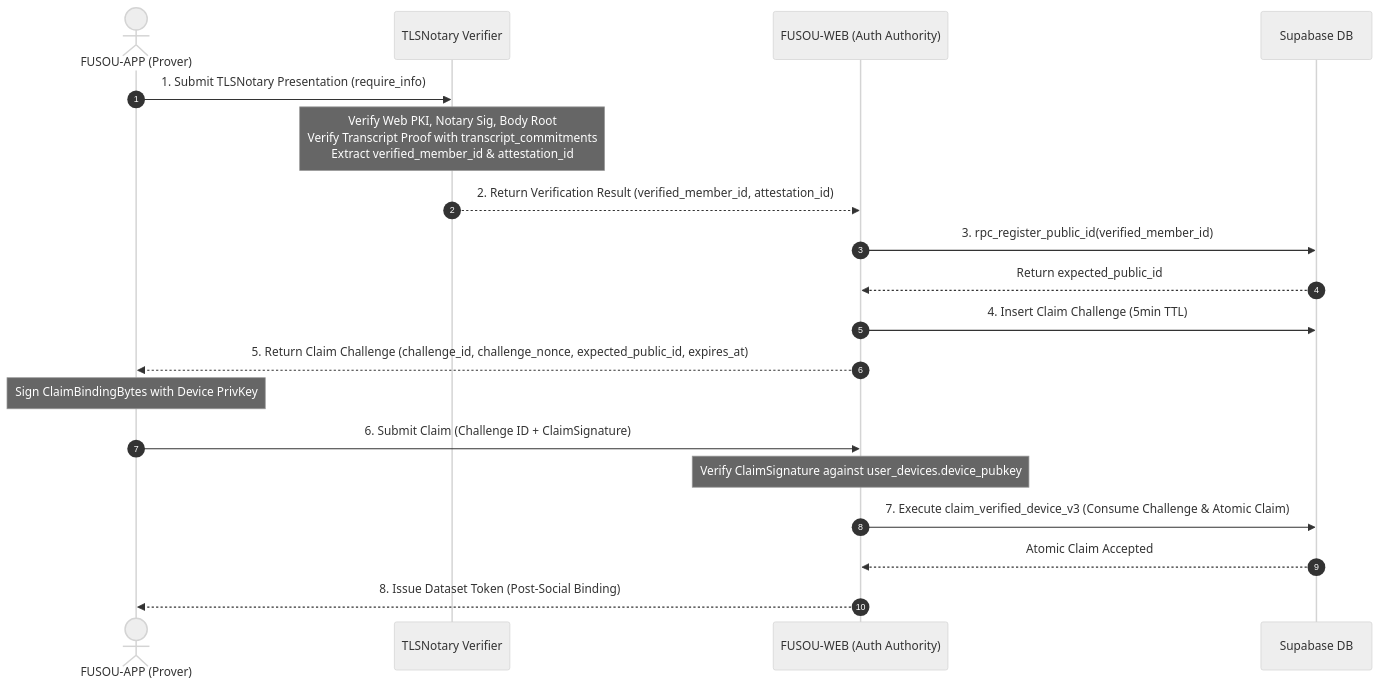
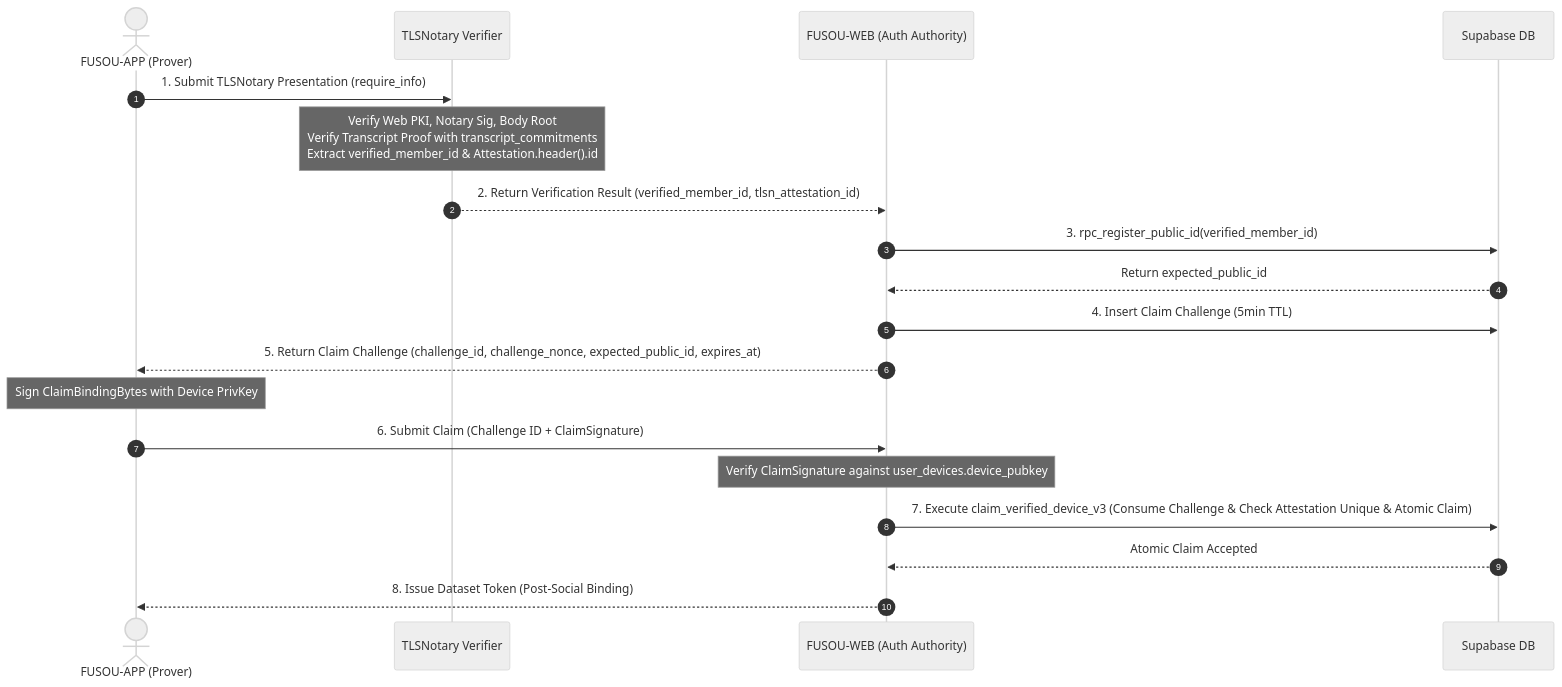
Before and after one commit to tsukasa-u/FUSOU: the second of 2 diagrams in docs/operations/member-id-preemptive-attack-and-recovery.md, drawn with Mermaid (neutral theme). The commit also changed other lines of this file and 1 other file, not shown here.

First line of the commit message:
docs(security): freeze master specifications for Phase 0 with unified attestation id and reuse prevention

````diff
--- a/docs/operations/member-id-preemptive-attack-and-recovery.md
+++ b/docs/operations/member-id-preemptive-attack-and-recovery.md
@@ -246,22 +254,22 @@
 ```mermaid
 sequenceDiagram
     autonumber
     actor Client as FUSOU-APP (Prover)
     participant Verifier as TLSNotary Verifier
     participant Web as FUSOU-WEB (Auth Authority)
     participant DB as Supabase DB
 
     Client->>Verifier: 1. Submit TLSNotary Presentation (require_info)
-    Note over Verifier: Verify Web PKI, Notary Sig, Body Root<br/>Verify Transcript Proof with transcript_commitments<br/>Extract verified_member_id & attestation_id
-    Verifier-->>Web: 2. Return Verification Result (verified_member_id, attestation_id)
+    Note over Verifier: Verify Web PKI, Notary Sig, Body Root<br/>Verify Transcript Proof with transcript_commitments<br/>Extract verified_member_id & Attestation.header().id
+    Verifier-->>Web: 2. Return Verification Result (verified_member_id, tlsn_attestation_id)
     Web->>DB: 3. rpc_register_public_id(verified_member_id)
     DB-->>Web: Return expected_public_id
     Web->>DB: 4. Insert Claim Challenge (5min TTL)
     Web-->>Client: 5. Return Claim Challenge (challenge_id, challenge_nonce, expected_public_id, expires_at)
     Note over Client: Sign ClaimBindingBytes with Device PrivKey
     Client->>Web: 6. Submit Claim (Challenge ID + ClaimSignature)
     Note over Web: Verify ClaimSignature against user_devices.device_pubkey
-    Web->>DB: 7. Execute claim_verified_device_v3 (Consume Challenge & Atomic Claim)
+    Web->>DB: 7. Execute claim_verified_device_v3 (Consume Challenge & Check Attestation Unique & Atomic Claim)
     DB-->>Web: Atomic Claim Accepted
     Web-->>Client: 8. Issue Dataset Token (Post-Social Binding)
 ```
````
